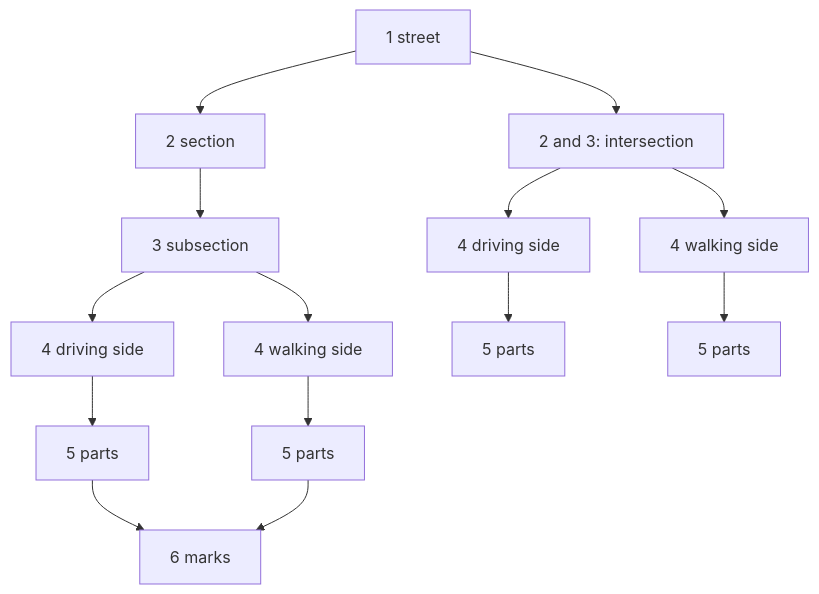
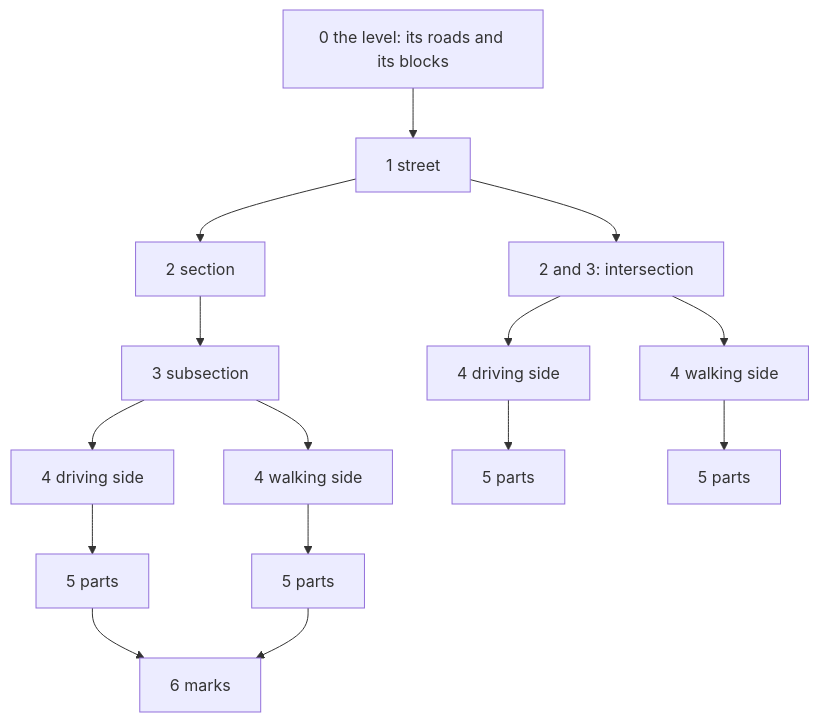
The first of 3 diagrams in docs/design/steps.md (Khoshkhah/urbanstyle), drawn with Mermaid before and after one commit. The commit also changed other lines of this file, not shown here.

Commit message:
docs/design/steps.md: rank 0, the level with its roads and its blocks, where OSM's faults and the blocks' faults are fixed

````diff
--- a/docs/design/steps.md
+++ b/docs/design/steps.md
@@ -24,16 +24,17 @@
 ```mermaid
 flowchart TD
-    ST[1 street] --> SE[2 section]
+    L0[0 the level: its roads and its blocks] --> ST[1 street]
+    ST --> SE[2 section]
     SE --> SU[3 subsection]
     ST --> IN[2 and 3: intersection]
     SU --> D1[4 driving side]
     SU --> W1[4 walking side]
     IN --> D2[4 driving side]
     IN --> W2[4 walking side]
     D1 --> P1[5 parts]
     W1 --> P2[5 parts]
     D2 --> P3[5 parts]
     W2 --> P4[5 parts]
     P1 --> M[6 marks]
     P2 --> M
 ```
````
